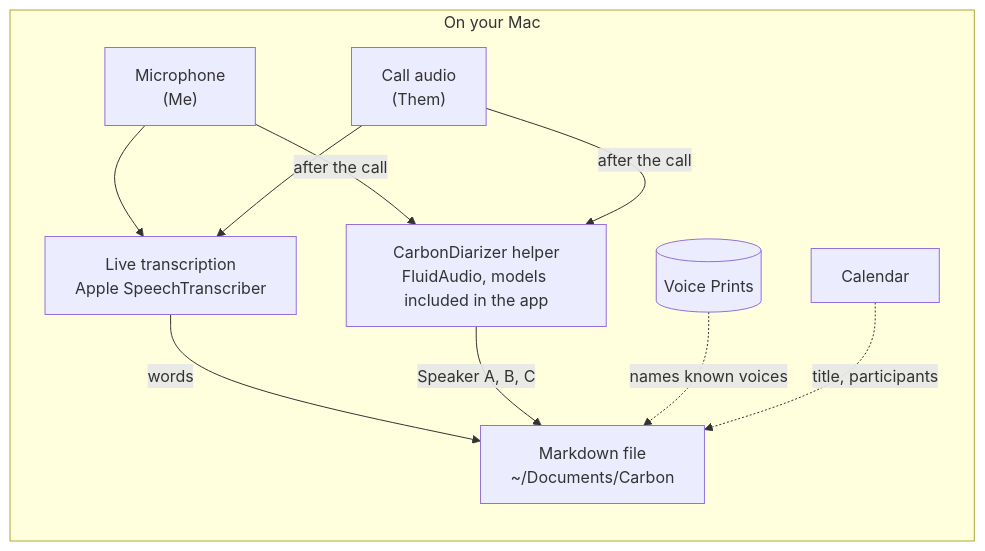
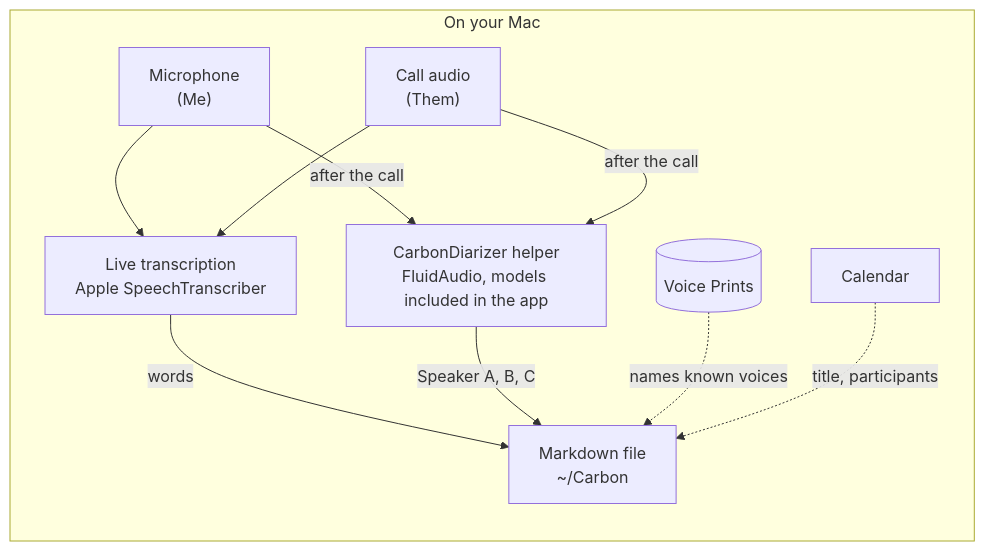
One commit to AlexDemzz/carbon changed the diagram in README.md. Above: the diagram before and after it, drawn with Mermaid. The commit also changed other lines of this file and 6 other files, not shown here.

First line of the commit message:
feat(library): default the Library to ~/Carbon, no Documents prompt

````diff
--- a/README.md
+++ b/README.md
@@ -25,20 +25,20 @@
 ```mermaid
 flowchart LR
     subgraph mac["On your Mac"]
         mic["Microphone<br/>(Me)"]
         them["Call audio<br/>(Them)"]
         stt["Live transcription<br/>Apple SpeechTranscriber"]
         diar["CarbonDiarizer helper<br/>FluidAudio, models included in the app"]
         prints[("Voice Prints")]
         cal["Calendar"]
-        file["Markdown file<br/>~/Documents/Carbon"]
+        file["Markdown file<br/>~/Carbon"]
     end
     mic --> stt
     them --> stt
     mic -- "after the call" --> diar
     them -- "after the call" --> diar
     stt -- "words" --> file
     diar -- "Speaker A, B, C" --> file
     prints -. "names known voices" .-> file
     cal -. "title, participants" .-> file
 ```
````
